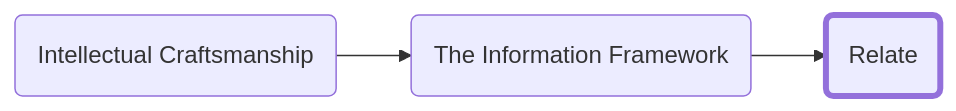
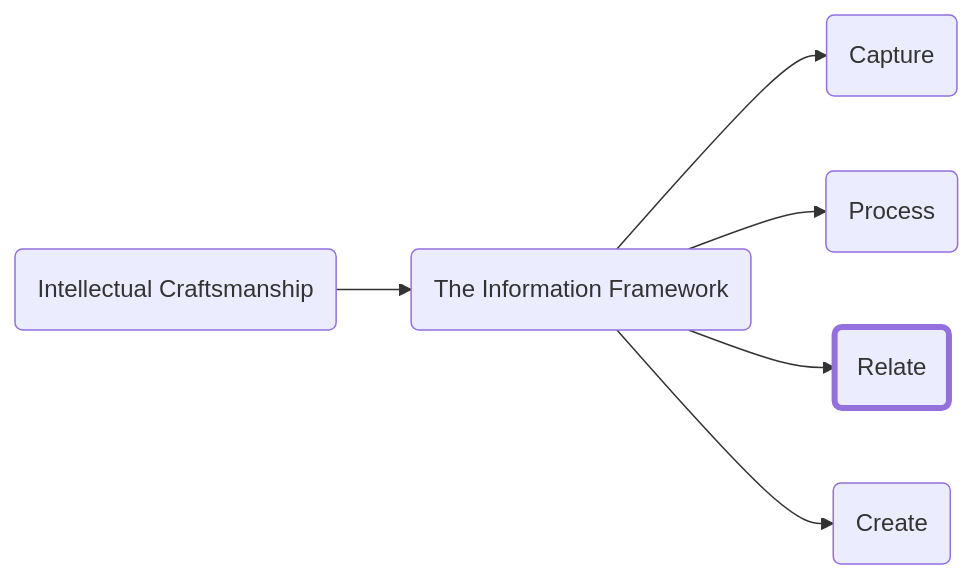
The diagram in _posts/2023-01-05-relate.md (forrestpitz/forrestpitz.github.io), drawn with Mermaid before and after one commit. The commit also changed other lines of this file and 20 other files, not shown here.

````diff
--- a/_posts/2023-01-05-relate.md
+++ b/_posts/2023-01-05-relate.md
@@ -11,9 +59,16 @@
 ```mermaid
 graph LR;
-  A(Intellectual Craftsmanship)-->B(The Information Framework)-->C(Relate)
+  A(Intellectual Craftsmanship)-->B(The Information Framework)
+  B-->C(Capture)
+  B-->D(Process)
+  B-->E(Relate)
+  B-->F(Create)
 
-  style C stroke-width:4px
+  style E stroke-width:4px
 
   click A "{% post_url 2023-01-05-intro %}"
   click B "{% post_url 2023-01-05-info-framework %}"
+  click C "{% post_url 2023-01-05-capture %}"
+  click D "{% post_url 2023-01-05-process %}"
+  click F "{% post_url 2023-01-05-create %}"
 ```
````
